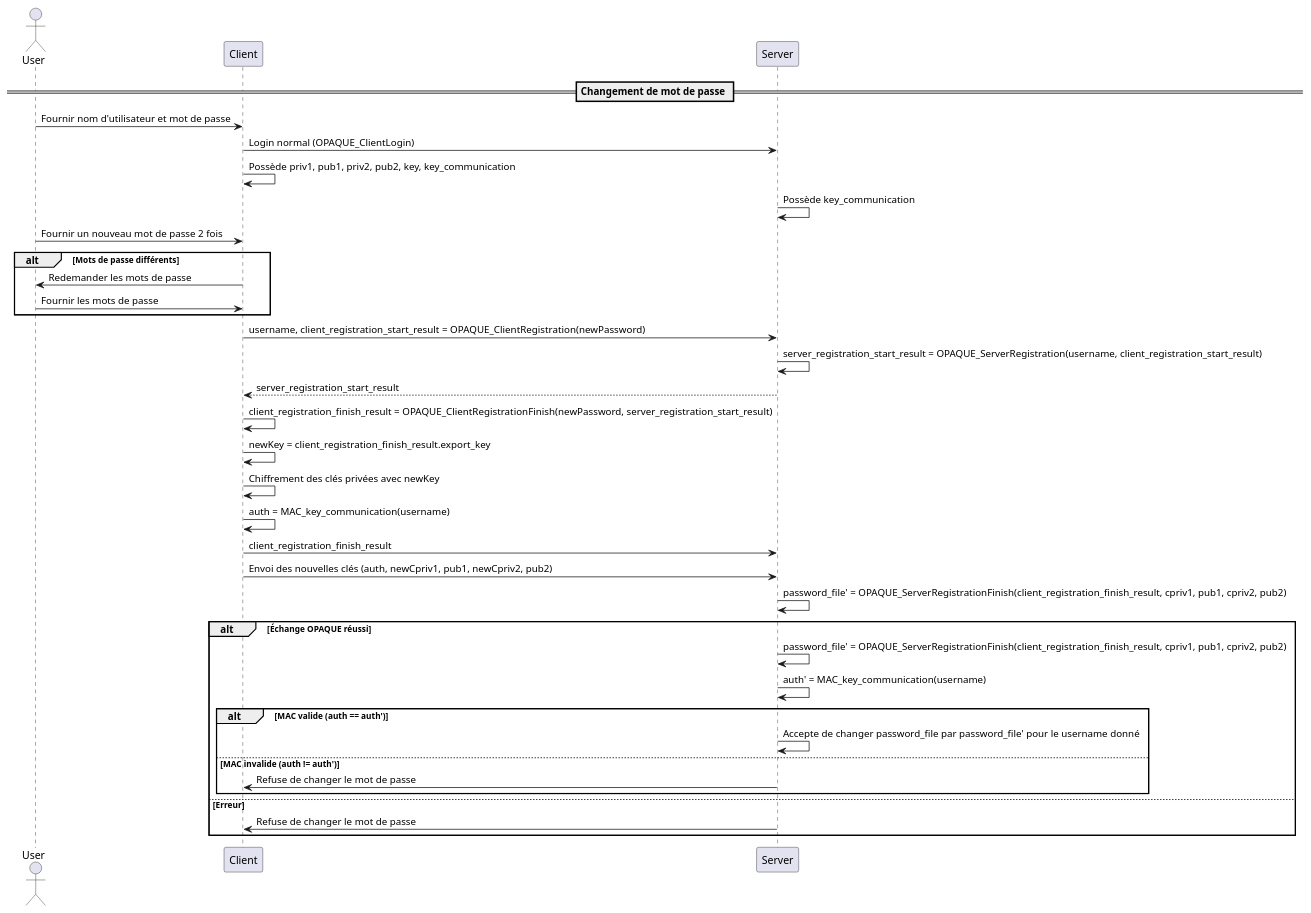
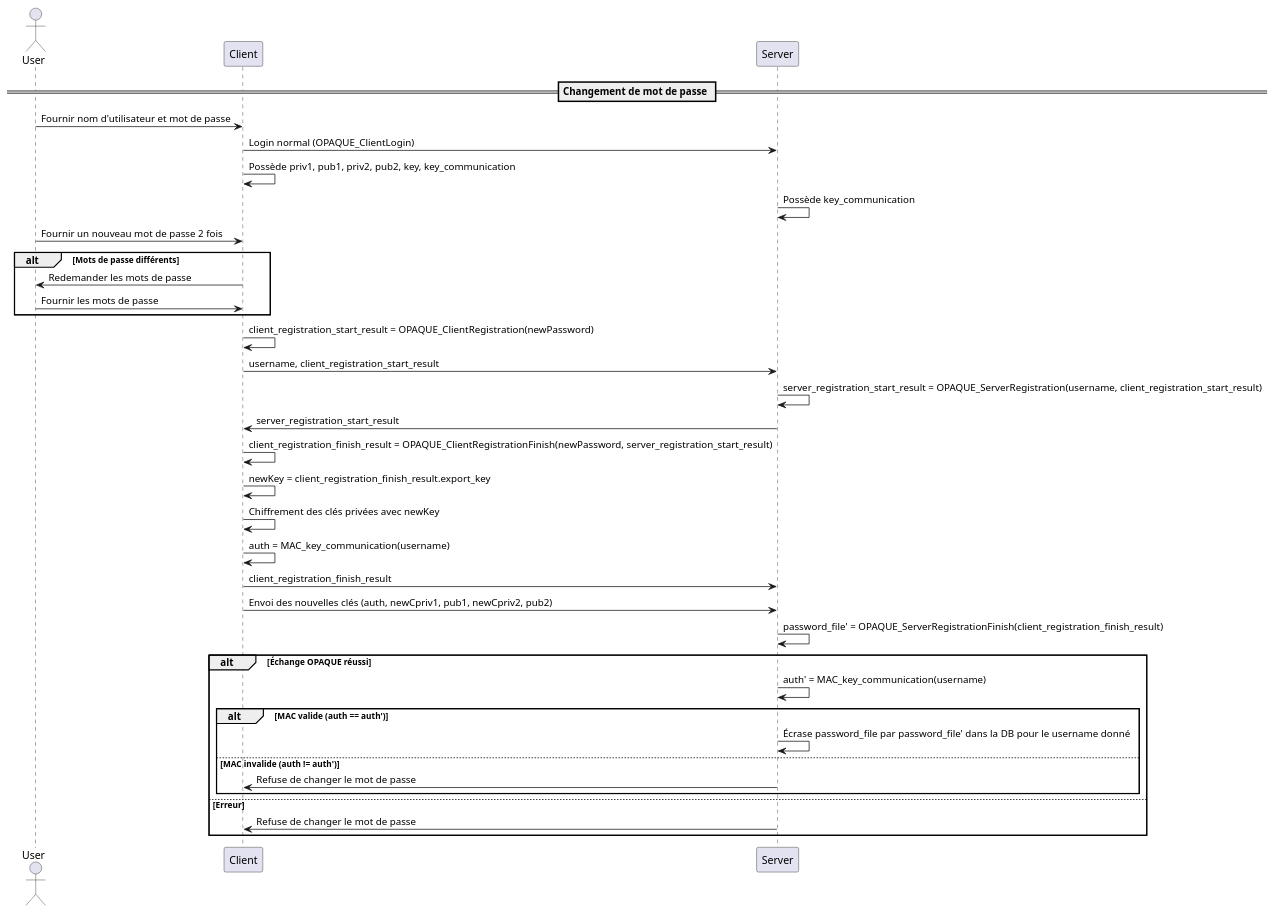
One commit to JustinFerrara14/CAA-Project changed the diagram in uml/changePassword.puml. Above: the diagram before and after it, drawn with PlantUML. The commit also changed 12 other files, not shown here.

```diff
--- a/uml/changePassword.puml
+++ b/uml/changePassword.puml
@@ -1,45 +1,45 @@
 @startuml
 actor User
 participant Client
 participant Server
 
 == Changement de mot de passe ==
 User -> Client: Fournir nom d'utilisateur et mot de passe
 
 Client -> Server: Login normal (OPAQUE_ClientLogin)
 Client -> Client: Possède priv1, pub1, priv2, pub2, key, key_communication
 Server -> Server: Possède key_communication
 
 User -> Client: Fournir un nouveau mot de passe 2 fois
 alt Mots de passe différents
     Client -> User: Redemander les mots de passe
     User -> Client: Fournir les mots de passe
 end
 
-Client -> Server: username, client_registration_start_result = OPAQUE_ClientRegistration(newPassword)
+Client -> Client: client_registration_start_result = OPAQUE_ClientRegistration(newPassword)
+Client -> Server: username, client_registration_start_result
 Server -> Server: server_registration_start_result = OPAQUE_ServerRegistration(username, client_registration_start_result)
-Server --> Client: server_registration_start_result
+Server -> Client: server_registration_start_result
 Client -> Client: client_registration_finish_result = OPAQUE_ClientRegistrationFinish(newPassword, server_registration_start_result)
 Client -> Client: newKey = client_registration_finish_result.export_key
 
 Client -> Client: Chiffrement des clés privées avec newKey
 Client -> Client: auth = MAC_key_communication(username)
 
 Client -> Server: client_registration_finish_result
 Client -> Server: Envoi des nouvelles clés (auth, newCpriv1, pub1, newCpriv2, pub2)
 
-Server -> Server: password_file' = OPAQUE_ServerRegistrationFinish(client_registration_finish_result, cpriv1, pub1, cpriv2, pub2)
+Server -> Server: password_file' = OPAQUE_ServerRegistrationFinish(client_registration_finish_result)
 
 alt Échange OPAQUE réussi
-    Server -> Server: password_file' = OPAQUE_ServerRegistrationFinish(client_registration_finish_result, cpriv1, pub1, cpriv2, pub2)
     Server -> Server: auth' = MAC_key_communication(username)
     alt MAC valide (auth == auth')
-        Server -> Server: Accepte de changer password_file par password_file' pour le username donné
+        Server -> Server: Écrase password_file par password_file' dans la DB pour le username donné
     else MAC invalide (auth != auth')
         Server -> Client: Refuse de changer le mot de passe
     end
 else Erreur
     Server -> Client: Refuse de changer le mot de passe
 end
 
 @enduml
```
